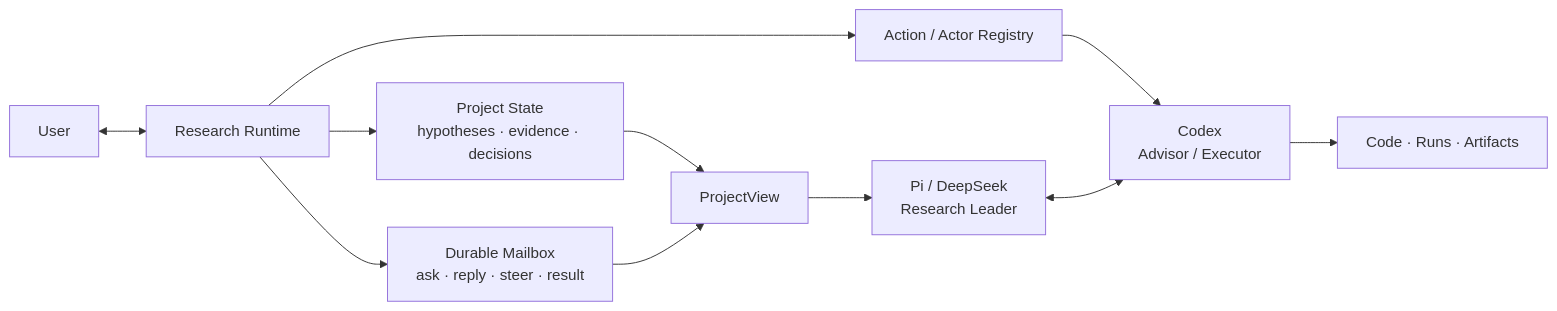
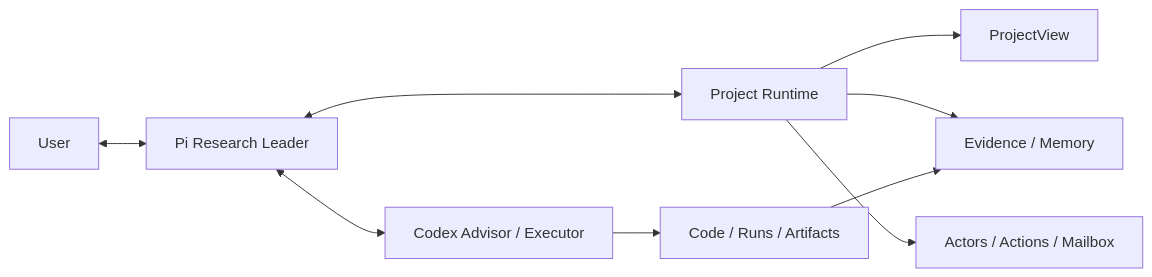
One commit to RosMarinas/Research-Pi changed the diagram in README.md. Above: the diagram before and after it, drawn with Mermaid. The commit also changed other lines of this file and 3 other files, not shown here.

````diff
--- a/README.md
+++ b/README.md
@@ -29,13 +19,11 @@
 ```mermaid
 flowchart LR
-    U["User"] <--> R["Research Runtime"]
-    R --> S["Project State<br/>hypotheses · evidence · decisions"]
-    R --> M["Durable Mailbox<br/>ask · reply · steer · result"]
-    R --> A["Action / Actor Registry"]
-    S --> V["ProjectView"]
-    M --> V
-    V --> P["Pi / DeepSeek<br/>Research Leader"]
-    A --> C["Codex<br/>Advisor / Executor"]
-    P <--> C
-    C --> X["Code · Runs · Artifacts"]
+    U[User] <--> P[Pi Research Leader]
+    P <--> R[Project Runtime]
+    R --> V[ProjectView]
+    R --> E[Evidence / Memory]
+    R --> M[Actors / Actions / Mailbox]
+    P <--> C[Codex Advisor / Executor]
+    C --> X[Code / Runs / Artifacts]
+    X --> E
 ```
````
